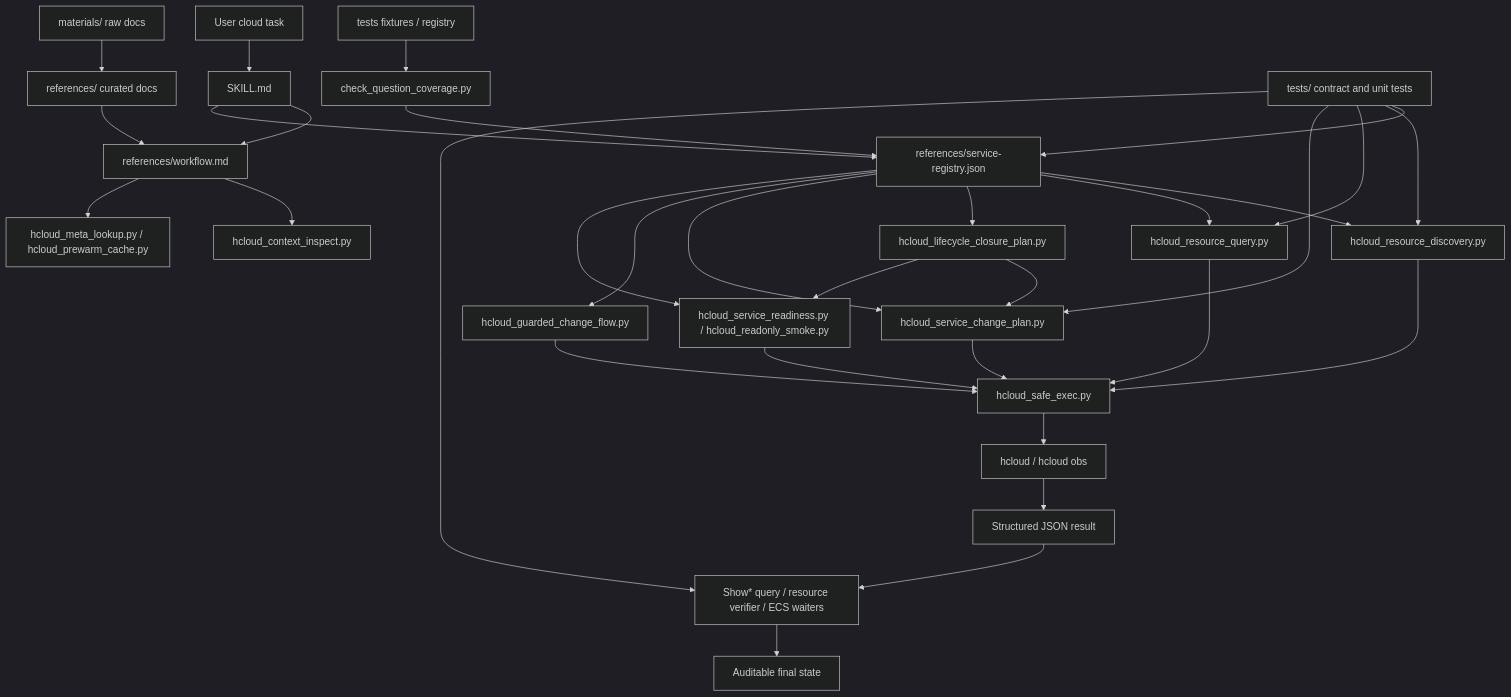
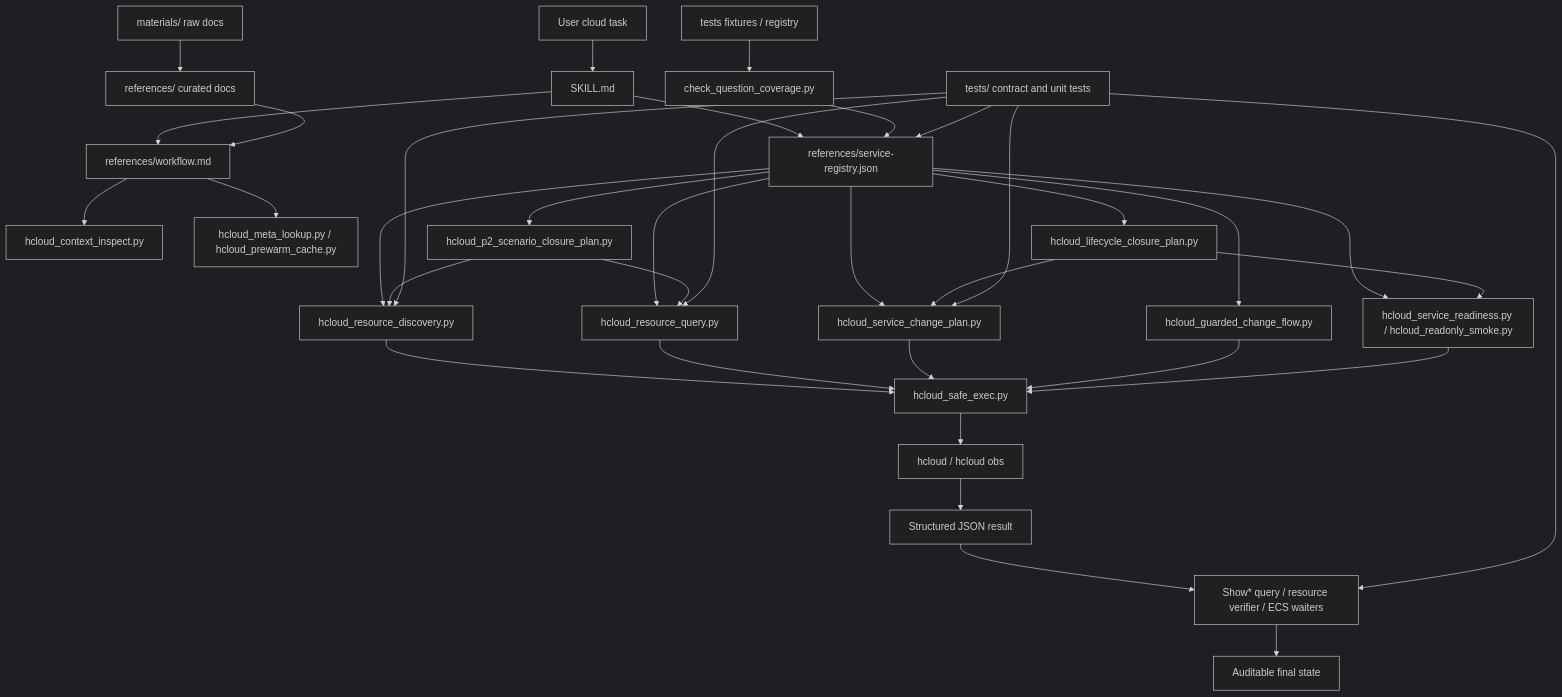
One commit to pipixia-labs/huaweicloud-skill changed the first of 4 diagrams in docs/architecture.md. Above: the diagram before and after it, drawn with Mermaid (dark theme). The commit also changed other lines of this file and 13 other files, not shown here.

````diff
--- a/docs/architecture.md
+++ b/docs/architecture.md
@@ -50,34 +50,37 @@
 ```mermaid
 flowchart TD
     UserTask["User cloud task"] --> Skill["SKILL.md"]
     Skill --> Workflow["references/workflow.md"]
     Skill --> Registry["references/service-registry.json"]
     Workflow --> Context["hcloud_context_inspect.py"]
     Workflow --> Meta["hcloud_meta_lookup.py / hcloud_prewarm_cache.py"]
     Registry --> Discovery["hcloud_resource_discovery.py"]
     Registry --> Query["hcloud_resource_query.py"]
     Registry --> Closure["hcloud_lifecycle_closure_plan.py"]
+    Registry --> Scenario["hcloud_p2_scenario_closure_plan.py"]
     Registry --> ChangePlan["hcloud_service_change_plan.py"]
     Registry --> Guarded["hcloud_guarded_change_flow.py"]
     Registry --> Readiness["hcloud_service_readiness.py / hcloud_readonly_smoke.py"]
     Closure --> ChangePlan
     Closure --> Readiness
+    Scenario --> Discovery
+    Scenario --> Query
     Discovery --> SafeExec["hcloud_safe_exec.py"]
     Query --> SafeExec
     ChangePlan --> SafeExec
     Guarded --> SafeExec
     Readiness --> SafeExec
     SafeExec --> HCloud["hcloud / hcloud obs"]
     HCloud --> Result["Structured JSON result"]
     Result --> Verify["Show* query / resource verifier / ECS waiters"]
     Verify --> Report["Auditable final state"]
     Materials["materials/ raw docs"] --> References["references/ curated docs"]
     References --> Workflow
     TestsInput["tests fixtures / registry"] --> CoverageGate["check_question_coverage.py"]
     CoverageGate --> Registry
     Tests["tests/ contract and unit tests"] --> Registry
     Tests --> Discovery
     Tests --> Query
     Tests --> ChangePlan
     Tests --> Verify
 ```
````
